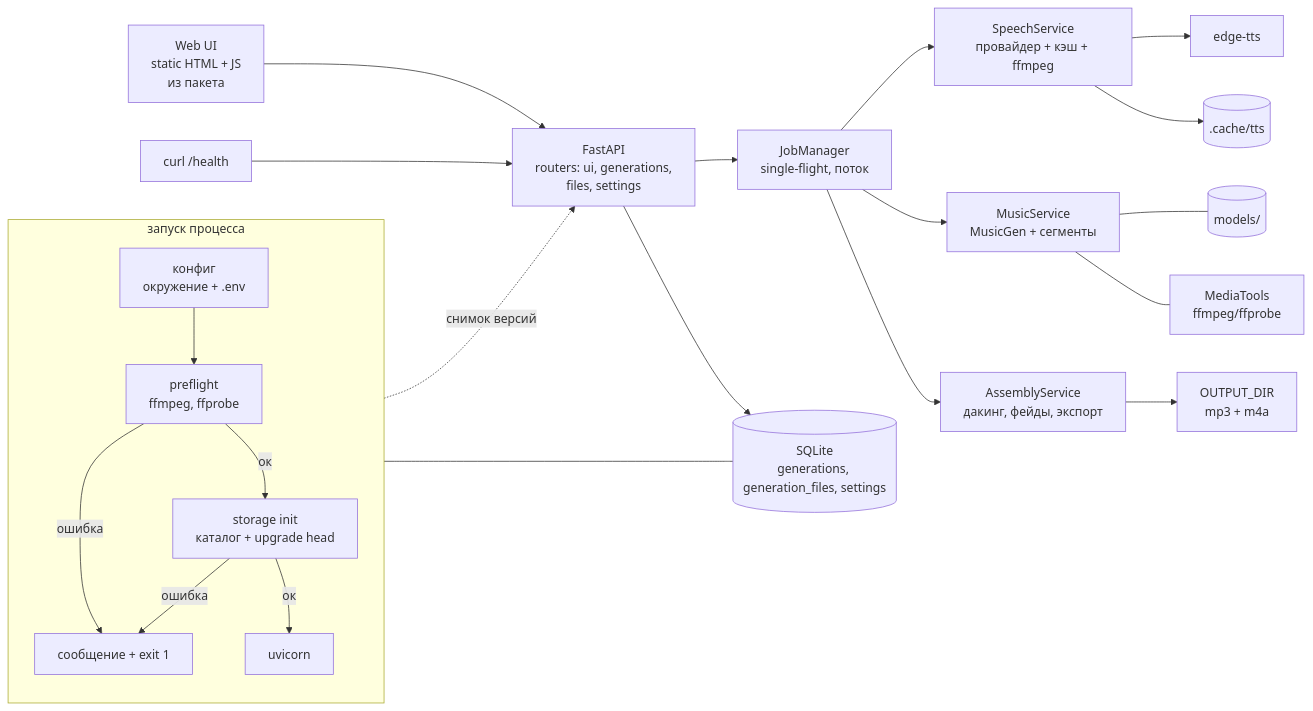
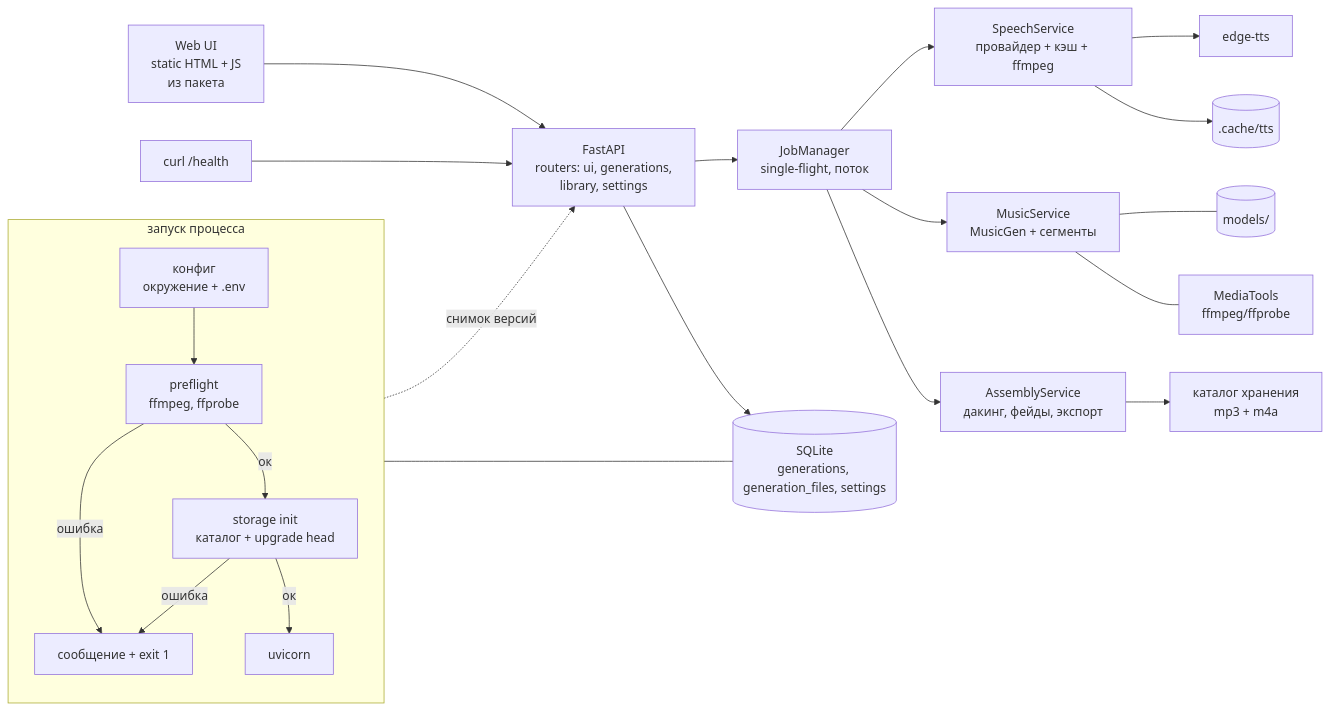
Before and after one commit to tuch-ka/muzifikator: the first of 2 diagrams in docs/architecture.md, drawn with Mermaid. The commit also changed other lines of this file and 30 other files, not shown here.

````diff
--- a/docs/architecture.md
+++ b/docs/architecture.md
@@ -8,25 +8,25 @@
 ```mermaid
 flowchart LR
     subgraph START["запуск процесса"]
         direction TB
         CFG["конфиг<br/>окружение + .env"] --> PF["preflight<br/>ffmpeg, ffprobe"]
         PF -->|"ок"| ST["storage init<br/>каталог + upgrade head"]
         PF -->|"ошибка"| EXIT["сообщение + exit 1"]
         ST -->|"ок"| APP["uvicorn"]
         ST -->|"ошибка"| EXIT
     end
-    UI["Web UI<br/>static HTML + JS<br/>из пакета"] --> API["FastAPI<br/>routers: ui, generations,<br/>files, settings"]
+    UI["Web UI<br/>static HTML + JS<br/>из пакета"] --> API["FastAPI<br/>routers: ui, generations,<br/>library, settings"]
     OPS["curl /health"] --> API
     API --> JOB["JobManager<br/>single-flight, поток"]
     JOB --> SPEECH["SpeechService<br/>провайдер + кэш + ffmpeg"]
     SPEECH --> TTS["edge-tts"]
     SPEECH --> CACHE[(".cache/tts")]
     JOB --> MUS["MusicService<br/>MusicGen + сегменты"]
     MUS --- WEIGHTS[("models/")]
     MUS --- MEDIA["MediaTools<br/>ffmpeg/ffprobe"]
     JOB --> MIX["AssemblyService<br/>дакинг, фейды, экспорт"]
-    MIX --> OUT["OUTPUT_DIR<br/>mp3 + m4a"]
+    MIX --> OUT["каталог хранения<br/>mp3 + m4a"]
     API --> DB[("SQLite<br/>generations, generation_files, settings")]
     ST --- DB
     PF -.->|"снимок версий"| API
 ```
````
